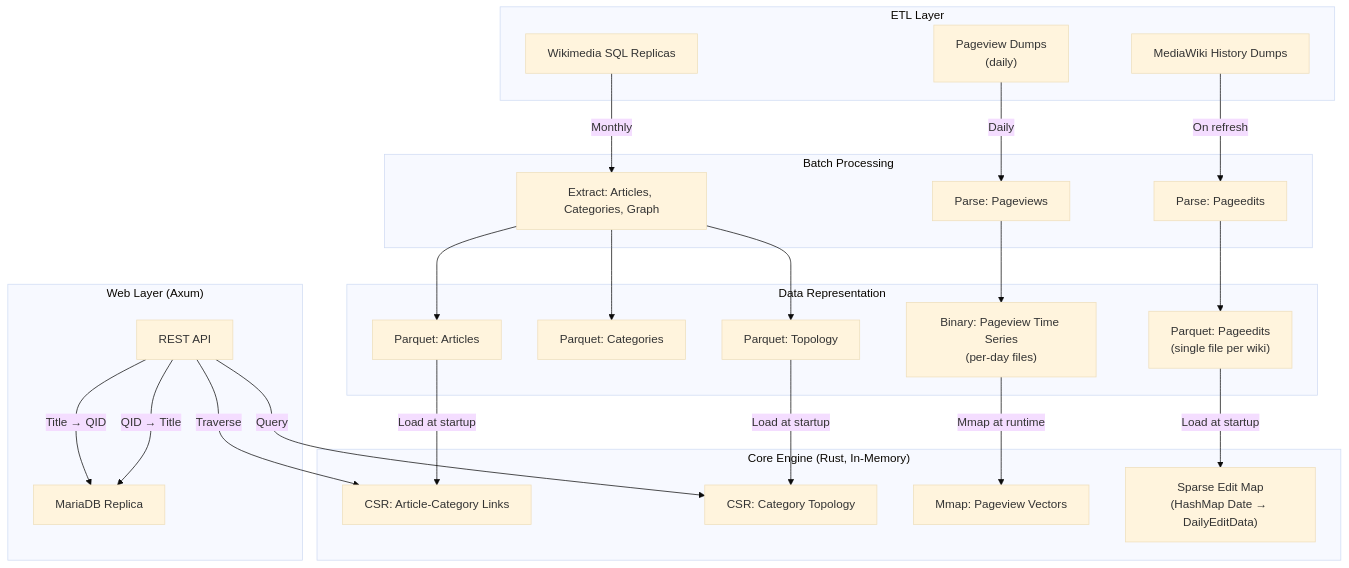
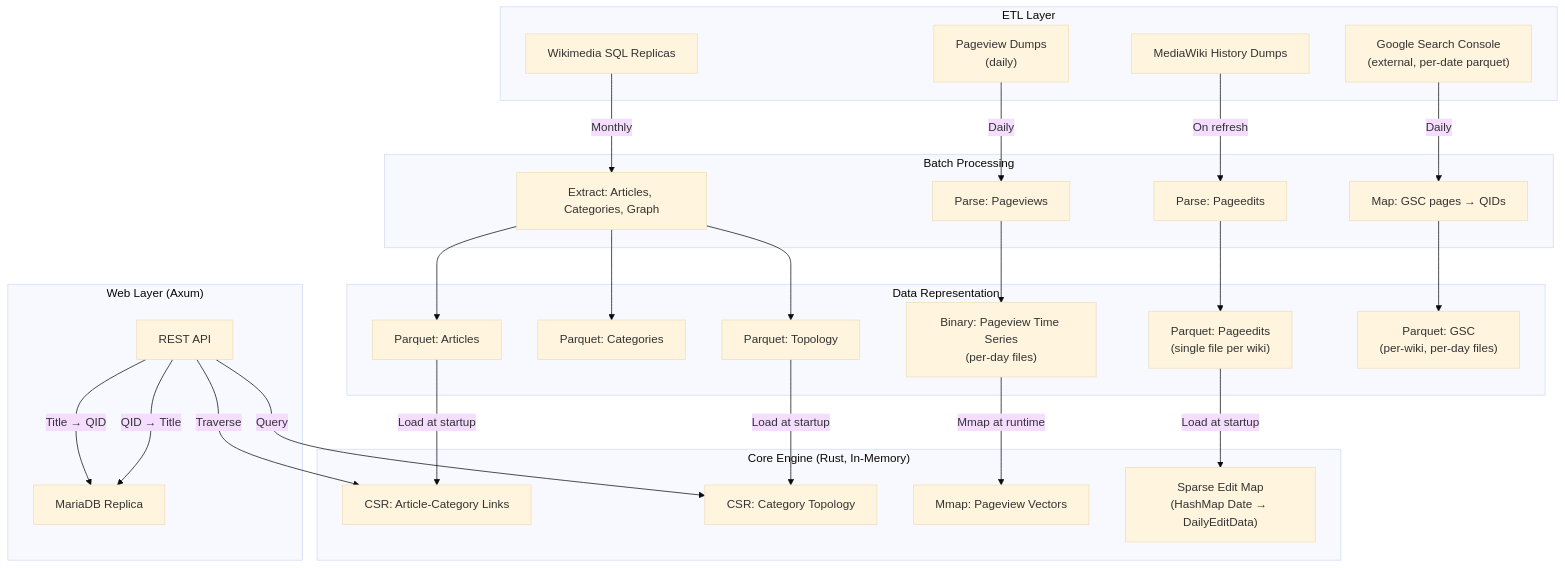
Before and after one commit to santhoshtr/topictrends: the diagram in README.md, drawn with Mermaid (base theme). The commit also changed other lines of this file and 5 other files, not shown here.

First line of the commit message:
feat: add GSC ETL pipeline mapping Google Search Console data to QIDs

````diff
--- a/README.md
+++ b/README.md
@@ -39,54 +40,59 @@
 ```mermaid
 graph TD
     subgraph "ETL Layer"
         SQL["Wikimedia SQL Replicas"]
         PV_DUMPS["Pageview Dumps\n(daily)"]
         PE_DUMPS["MediaWiki History Dumps"]
+        GSC_DUMPS["Google Search Console\n(external, per-date parquet)"]
     end
 
     subgraph "Batch Processing"
         META["Extract: Articles, Categories, Graph"]
         PV_PROC["Parse: Pageviews"]
         PE_PROC["Parse: Pageedits"]
+        GSC_PROC["Map: GSC pages → QIDs"]
     end
 
     subgraph "Data Representation"
         PQ_ART["Parquet: Articles"]
         PQ_CAT["Parquet: Categories"]
         PQ_GRAPH["Parquet: Topology"]
         BIN_PV["Binary: Pageview Time Series\n(per-day files)"]
         PQ_PE["Parquet: Pageedits\n(single file per wiki)"]
+        PQ_GSC["Parquet: GSC\n(per-wiki, per-day files)"]
     end
 
     subgraph "Core Engine (Rust, In-Memory)"
         CSR_LINK["CSR: Article-Category Links"]
         CSR_TOPO["CSR: Category Topology"]
         MMAP_PV["Mmap: Pageview Vectors"]
         SPARSE_PE["Sparse Edit Map\n(HashMap Date → DailyEditData)"]
     end
 
     subgraph "Web Layer (Axum)"
         API["REST API"]
         DB_REP["MariaDB Replica"]
     end
 
     SQL -->|Monthly| META
     PV_DUMPS -->|Daily| PV_PROC
     PE_DUMPS -->|On refresh| PE_PROC
+    GSC_DUMPS -->|Daily| GSC_PROC
 
     META --> PQ_ART
     META --> PQ_CAT
     META --> PQ_GRAPH
     PV_PROC --> BIN_PV
     PE_PROC --> PQ_PE
+    GSC_PROC --> PQ_GSC
 
     PQ_ART -->|Load at startup| CSR_LINK
     PQ_GRAPH -->|Load at startup| CSR_TOPO
     BIN_PV -->|Mmap at runtime| MMAP_PV
     PQ_PE -->|Load at startup| SPARSE_PE
 
     API -->|Title → QID| DB_REP
     API -->|Query| CSR_TOPO
     API -->|Traverse| CSR_LINK
     API -->|QID → Title| DB_REP
 ```
````
